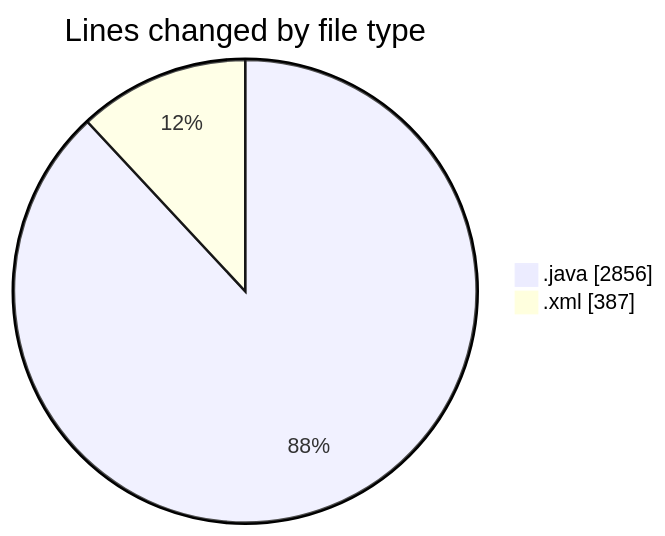
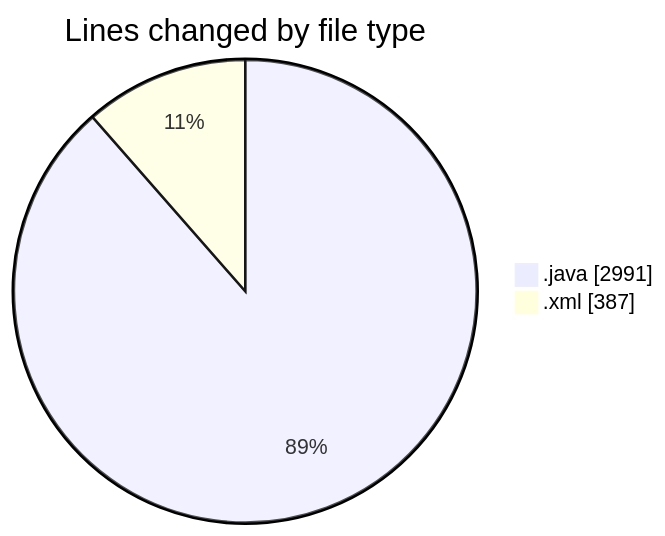
The first of 2 diagrams in 2025-05-01/jmasm/README.md (charlie-sans/code-tracking), drawn with Mermaid before and after one commit. The commit also changed other lines of this file and 1 other file, not shown here.

````diff
--- a/2025-05-01/jmasm/README.md
+++ b/2025-05-01/jmasm/README.md
@@ -28,6 +28,6 @@
 ```mermaid
 pie showData
 title Lines changed by file type
-".java" : 2856
+".java" : 2991
 ".xml" : 387
 ```
````
